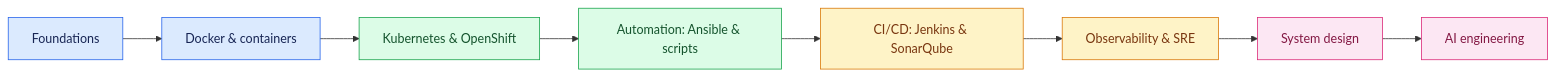
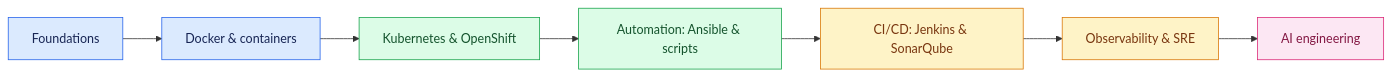
One commit to sameeralam3127/compute-central-docs changed the diagram in docs/index.md. Above: the diagram before and after it, drawn with Mermaid. The commit also changed other lines of this file and 14 other files, not shown here.

First line of the commit message:
Remove the System Design section and all cross-links to it

````diff
--- a/docs/index.md
+++ b/docs/index.md
@@ -37,18 +37,17 @@
 ```mermaid
 flowchart LR
     A[Foundations] --> B[Docker & containers]
     B --> C[Kubernetes & OpenShift]
     C --> D[Automation: Ansible & scripts]
     D --> E["CI/CD: Jenkins & SonarQube"]
     E --> F[Observability & SRE]
-    F --> G[System design]
-    G --> H[AI engineering]
+    F --> G[AI engineering]
     classDef stage1 fill:#dbeafe,stroke:#2563eb,color:#172554
     classDef stage2 fill:#dcfce7,stroke:#16a34a,color:#14532d
     classDef stage3 fill:#fef3c7,stroke:#d97706,color:#78350f
     classDef stage4 fill:#fce7f3,stroke:#db2777,color:#831843
     class A,B stage1
     class C,D stage2
     class E,F stage3
-    class G,H stage4
+    class G stage4
 ```
````
